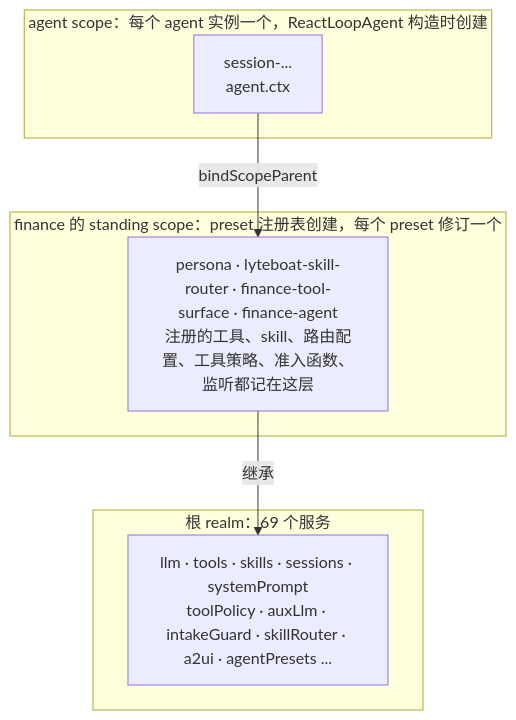
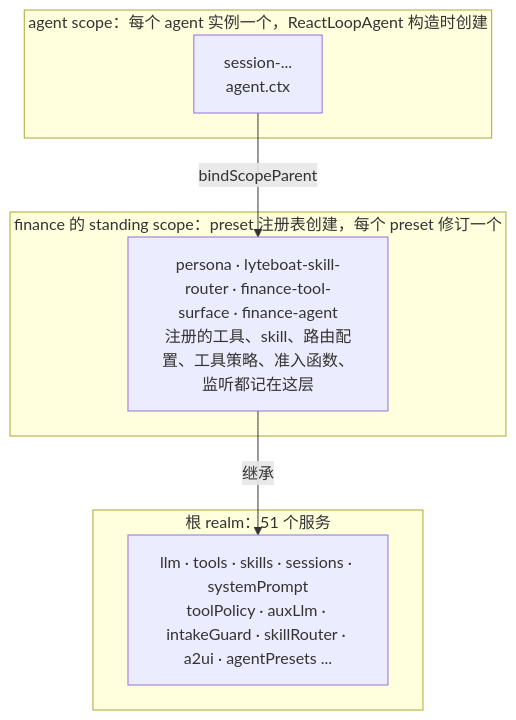
Before and after one commit to lyteboat/boat: the sixth of 11 diagrams in docs/01-architecture.md, drawn with Mermaid. The commit also changed other lines of this file and 10 other files, not shown here.

````diff
--- a/docs/01-architecture.md
+++ b/docs/01-architecture.md
@@ -383,14 +388,14 @@
 ```mermaid
 flowchart TB
-  subgraph ROOT["根 realm：69 个服务"]
+  subgraph ROOT["根 realm：51 个服务"]
     rsvc["llm · tools · skills · sessions · systemPrompt<br/>toolPolicy · auxLlm · intakeGuard · skillRouter · a2ui · agentPresets ..."]
   end
   subgraph STAND["finance 的 standing scope：preset 注册表创建，每个 preset 修订一个"]
     rows["persona · lyteboat-skill-router · finance-tool-surface · finance-agent<br/>注册的工具、skill、路由配置、工具策略、准入函数、监听都记在这层"]
   end
   subgraph AGS["agent scope：每个 agent 实例一个，ReactLoopAgent 构造时创建"]
     inst["session-...<br/>agent.ctx"]
   end
   inst -->|"bindScopeParent"| rows
   rows -->|"继承"| rsvc
 ```
````
